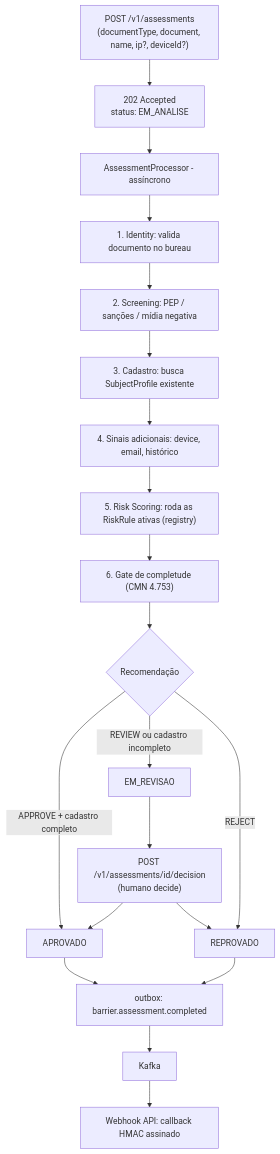
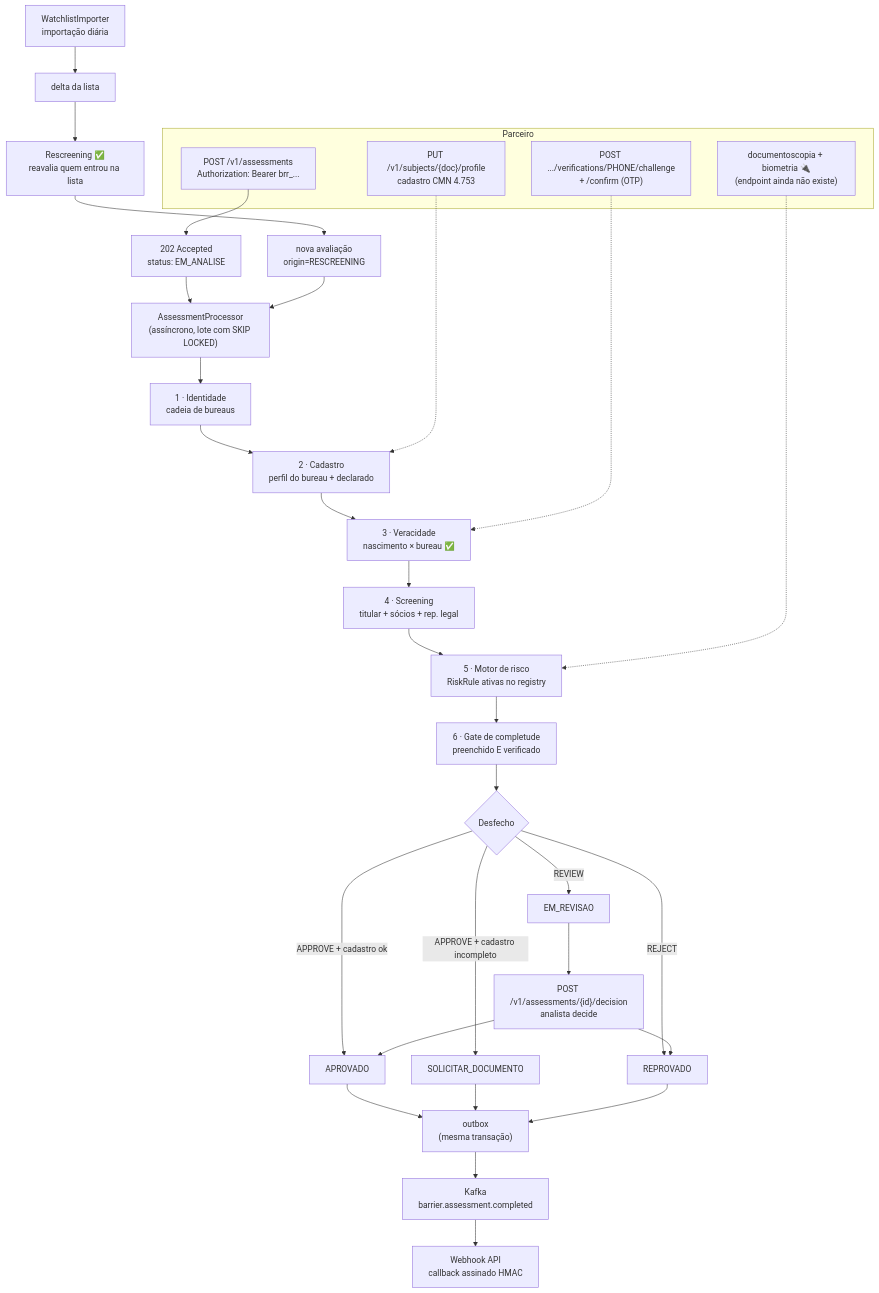
The diagram in docs/architecture/kyc-flow.md (leonardolermen/Barrier), drawn with Mermaid before and after one commit. The commit also changed other lines of this file and 7 other files, not shown here.

````diff
--- a/docs/architecture/kyc-flow.md
+++ b/docs/architecture/kyc-flow.md
@@ -17,22 +22,44 @@
 ```mermaid
 flowchart TD
-    A["POST /v1/assessments\n(documentType, document, name, ip?, deviceId?)"] --> B["202 Accepted\nstatus: EM_ANALISE"]
-    B --> C[AssessmentProcessor - assíncrono]
-    C --> D[1. Identity: valida documento no bureau]
-    D --> E[2. Screening: PEP / sanções / mídia negativa]
-    E --> F[3. Cadastro: busca SubjectProfile existente]
-    F --> G[4. Sinais adicionais: device, email, histórico]
-    G --> H["5. Risk Scoring: roda as RiskRule ativas (registry)"]
-    H --> I["6. Gate de completude (CMN 4.753)"]
-    I --> J{Recomendação}
-    J -->|APPROVE + cadastro completo| K[APROVADO]
-    J -->|REVIEW ou cadastro incompleto| L[EM_REVISAO]
-    J -->|REJECT| M[REPROVADO]
-    L --> N["POST /v1/assessments/id/decision\n(humano decide)"]
-    N --> K
+    subgraph Parceiro
+      A["POST /v1/assessments<br/>Authorization: Bearer brr_..."]
+      P1["PUT /v1/subjects/{doc}/profile<br/>cadastro CMN 4.753"]
+      P2["POST .../verifications/PHONE/challenge<br/>+ /confirm (OTP)"]
+      P3["documentoscopia + biometria 🔌<br/>(endpoint ainda não existe)"]
+    end
+
+    A --> B["202 Accepted<br/>status: EM_ANALISE"]
+    B --> C["AssessmentProcessor<br/>(assíncrono, lote com SKIP LOCKED)"]
+
+    C --> D["1 · Identidade<br/>cadeia de bureaus"]
+    D --> E["2 · Cadastro<br/>perfil do bureau + declarado"]
+    E --> V["3 · Veracidade<br/>nascimento × bureau ✅"]
+    V --> F["4 · Screening<br/>titular + sócios + rep. legal"]
+    F --> G["5 · Motor de risco<br/>RiskRule ativas no registry"]
+    G --> H["6 · Gate de completude<br/>preenchido E verificado"]
+
+    H --> I{Desfecho}
+    I -->|APPROVE + cadastro ok| J["APROVADO"]
+    I -->|APPROVE + cadastro incompleto| K["SOLICITAR_DOCUMENTO"]
+    I -->|REVIEW| L["EM_REVISAO"]
+    I -->|REJECT| M["REPROVADO"]
+
+    L --> N["POST /v1/assessments/{id}/decision<br/>analista decide"]
+    N --> J
     N --> M
-    K --> O[outbox: barrier.assessment.completed]
+
+    J --> O["outbox<br/>(mesma transação)"]
+    K --> O
     M --> O
-    O --> P[Kafka]
-    P --> Q[Webhook API: callback HMAC assinado]
+    O --> Q["Kafka<br/>barrier.assessment.completed"]
+    Q --> R["Webhook API<br/>callback assinado HMAC"]
+
+    S["WatchlistImporter<br/>importação diária"] --> T["delta da lista"]
+    T --> U["Rescreening ✅<br/>reavalia quem entrou na lista"]
+    U --> A2["nova avaliação<br/>origin=RESCREENING"]
+    A2 --> C
+
+    P1 -.-> E
+    P2 -.-> V
+    P3 -.-> G
 ```
````
